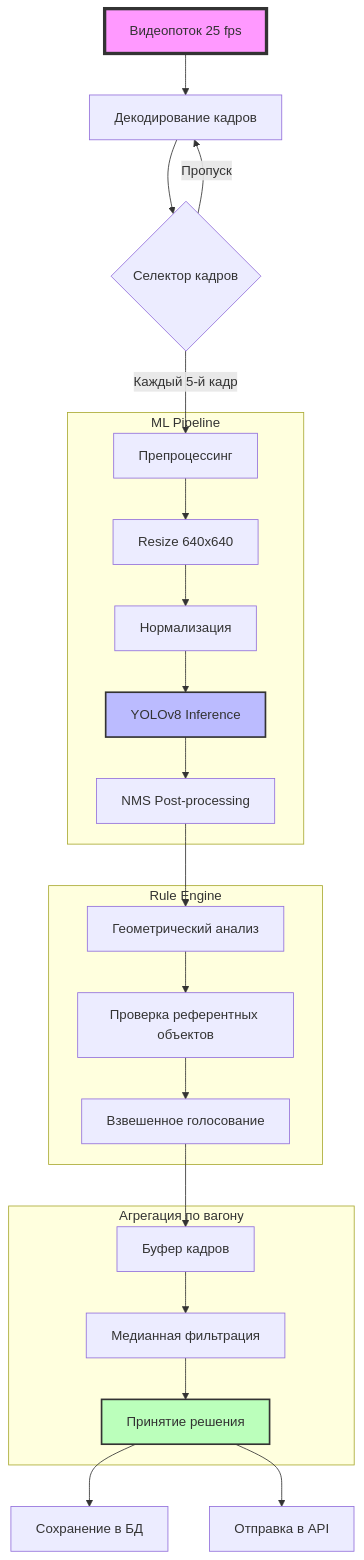
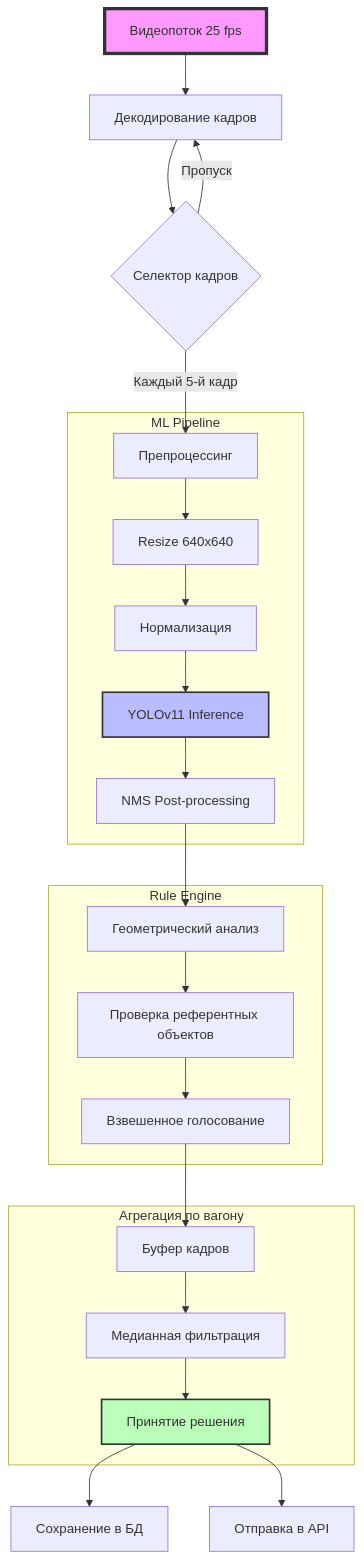
Before and after one commit to LeeDef18/TrainScan: the first of 2 diagrams in ML_System_Design_Doc_Template.md, drawn with Mermaid. The commit also changed other lines of this file, not shown here.

````diff
--- a/ML_System_Design_Doc_Template.md
+++ b/ML_System_Design_Doc_Template.md
@@ -138,33 +130,33 @@
 ```mermaid
 graph TD
     A[Видеопоток 25 fps] --> B[Декодирование кадров]
     B --> C{Селектор кадров}
     C -->|Каждый 5-й кадр| D[Препроцессинг]
     C -->|Пропуск| B
     
     subgraph "ML Pipeline"
         D --> E[Resize 640x640]
         E --> F[Нормализация]
-        F --> G[YOLOv8 Inference]
+        F --> G[YOLOv11 Inference]
         G --> H[NMS Post-processing]
     end
     
     subgraph "Rule Engine"
         H --> I[Геометрический анализ]
         I --> J[Проверка референтных объектов]
         J --> K[Взвешенное голосование]
     end
     
     subgraph "Агрегация по вагону"
         K --> L[Буфер кадров]
         L --> M[Медианная фильтрация]
         M --> N[Принятие решения]
     end
     
     N --> O[Сохранение в БД]
     N --> P[Отправка в API]
     
     style A fill:#f9f,stroke:#333,stroke-width:4px
     style G fill:#bbf,stroke:#333,stroke-width:2px
     style N fill:#bfb,stroke:#333,stroke-width:2px
 ```
````
